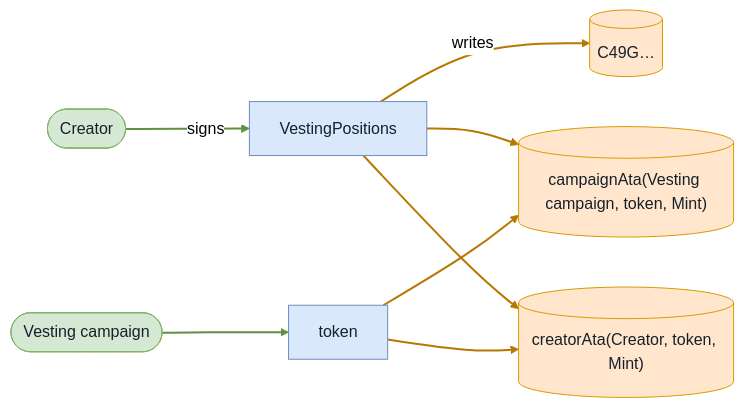
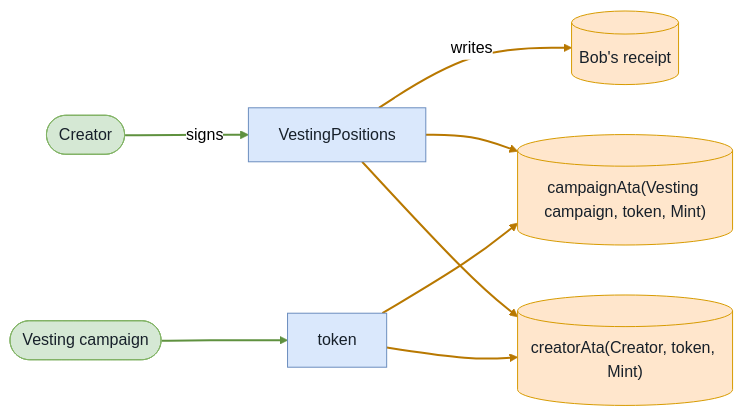
Diagram 14 of 15 in babelfish-tests/test-report/clawback_unclaimed_succeeds_despite_buyers_zeroed_receipt.md (cds-turbin3/vesting-position), drawn with Mermaid (neutral theme) before and after one commit. The commit also changed other lines of this file and 104 other files, not shown here.

````diff
--- a/babelfish-tests/test-report/clawback_unclaimed_succeeds_despite_buyers_zeroed_receipt.md
+++ b/babelfish-tests/test-report/clawback_unclaimed_succeeds_despite_buyers_zeroed_receipt.md
@@ -615,22 +615,22 @@
 ```mermaid
 flowchart LR
     VestingPositions["VestingPositions"]:::program
     Creator(["Creator"]):::signer
-    C49G[("C49G…")]:::state
+    Bobsreceipt[("Bob's receipt")]:::state
     campaignAtaVestingcampaigntokenMint[("campaignAta(Vesting campaign, token, Mint)")]:::state
     creatorAtaCreatortokenMint[("creatorAta(Creator, token, Mint)")]:::state
     token["token"]:::program
     Vestingcampaign(["Vesting campaign"]):::signer
     Creator -->|signs| VestingPositions
-    VestingPositions -->|writes| C49G
+    VestingPositions -->|writes| Bobsreceipt
     VestingPositions --> campaignAtaVestingcampaigntokenMint
     VestingPositions --> creatorAtaCreatortokenMint
     token --> campaignAtaVestingcampaigntokenMint
     token --> creatorAtaCreatortokenMint
     Vestingcampaign --> token
     classDef program fill:#dae8fc,stroke:#6c8ebf,color:#17202a;
     classDef signer fill:#d5e8d4,stroke:#82b366,color:#17202a;
     classDef state fill:#ffe6cc,stroke:#d79b00,color:#17202a;
     linkStyle 0,6 stroke:#5f913f,stroke-width:2px
     linkStyle 1,2,3,4,5 stroke:#b87800,stroke-width:2px
 ```
````
